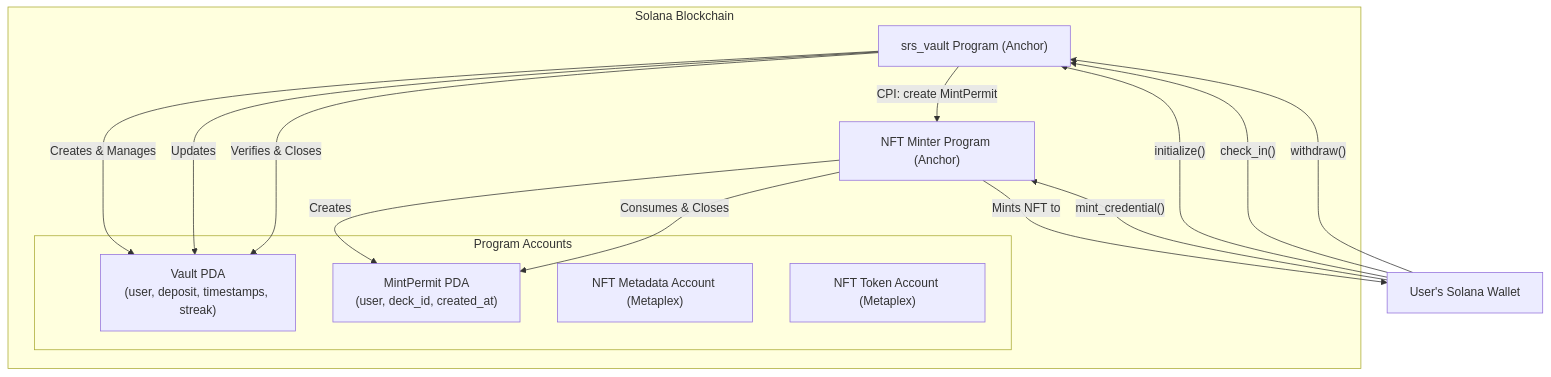
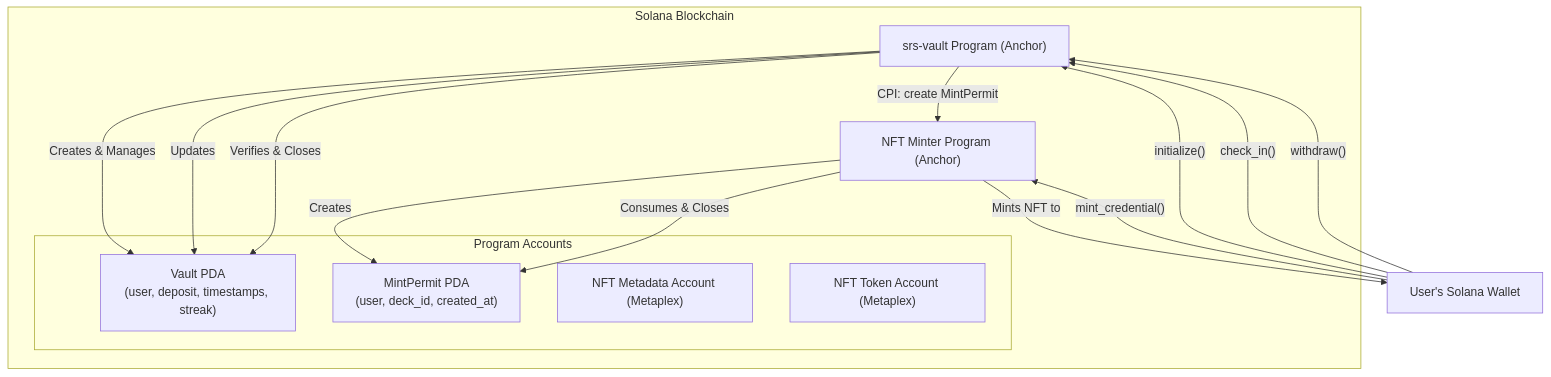
One commit to indralukmana/turbin3_Q3_indralukmana_capstone changed the first of 2 diagrams in docs/architecture.md. Above: the diagram before and after it, drawn with Mermaid. The commit also changed other lines of this file and 2 other files, not shown here.

````diff
--- a/docs/architecture.md
+++ b/docs/architecture.md
@@ -46,31 +46,31 @@
 ```mermaid
 graph TD
     subgraph "Solana Blockchain"
-        VaultProgram["srs_vault Program (Anchor)"]
+        VaultProgram["srs-vault Program (Anchor)"]
         NFTMinterProgram["NFT Minter Program (Anchor)"]
 
         subgraph "Program Accounts"
             VaultPDA["Vault PDA\n(user, deposit, timestamps, streak)"]
             MintPermitPDA["MintPermit PDA\n(user, deck_id, created_at)"]
             NFTMetadata["NFT Metadata Account (Metaplex)"]
             NFTTokenAccount["NFT Token Account (Metaplex)"]
         end
     end
 
     UserWallet["User's Solana Wallet"]
 
     UserWallet -- "initialize()" --> VaultProgram
     VaultProgram -- "Creates & Manages" --> VaultPDA
 
     UserWallet -- "check_in()" --> VaultProgram
     VaultProgram -- "Updates" --> VaultPDA
 
     UserWallet -- "withdraw()" --> VaultProgram
     VaultProgram -- "Verifies & Closes" --> VaultPDA
     VaultProgram -- "CPI: create MintPermit" --> NFTMinterProgram
     NFTMinterProgram -- "Creates" --> MintPermitPDA
 
     UserWallet -- "mint_credential()" --> NFTMinterProgram
     NFTMinterProgram -- "Consumes & Closes" --> MintPermitPDA
     NFTMinterProgram -- "Mints NFT to" --> UserWallet
 ```
````
